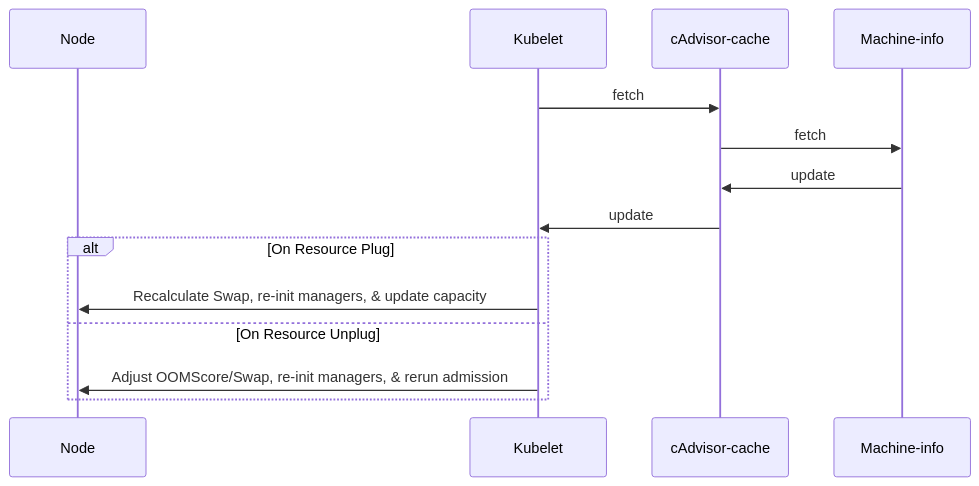
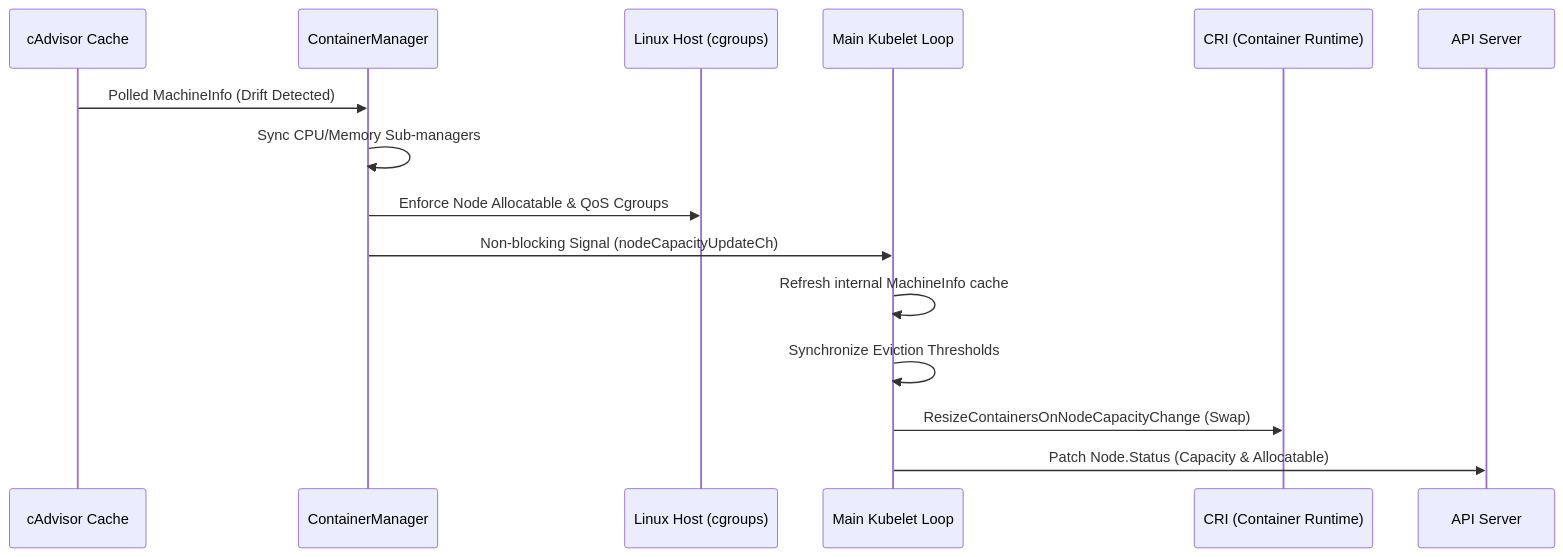
Before and after one commit to kubernetes/enhancements: the diagram in keps/sig-node/3953-in-place-node-resource-resize/README.md, drawn with Mermaid. The commit also changed other lines of this file and 1 other file, not shown here.

````diff
--- a/keps/sig-node/3953-in-place-node-resource-resize/README.md
+++ b/keps/sig-node/3953-in-place-node-resource-resize/README.md
@@ -226,19 +282,18 @@
 ```mermaid
 sequenceDiagram
-    participant node as Node
-    participant kubelet as Kubelet
-    participant cache as cAdvisor-cache
-    participant machine as Machine-info
+    participant cAdvisor as cAdvisor Cache
+    participant cm as ContainerManager
+    participant host as Linux Host (cgroups)
+    participant kubelet as Main Kubelet Loop
+    participant cri as CRI (Container Runtime)
+    participant api as API Server
 
-    kubelet->>cache: fetch
-    cache->>machine: fetch
-    machine->>cache: update
-    cache->>kubelet: update
-
-    alt On Resource Plug
-        kubelet->>node: Recalculate Swap, re-init managers, & update capacity
-        
-    else On Resource Unplug
-        kubelet->>node: Adjust OOMScore/Swap, re-init managers, & rerun admission
-    end
+    cAdvisor->>cm: Polled MachineInfo (Drift Detected)
+    cm->>cm: Sync CPU/Memory Sub-managers
+    cm->>host: Enforce Node Allocatable & QoS Cgroups
+    cm->>kubelet: Non-blocking Signal (nodeCapacityUpdateCh)
+    kubelet->>kubelet: Refresh internal MachineInfo cache
+    kubelet->>kubelet: Synchronize Eviction Thresholds
+    kubelet->>cri: ResizeContainersOnNodeCapacityChange (Swap)
+    kubelet->>api: Patch Node.Status (Capacity & Allocatable)
 ```
````
